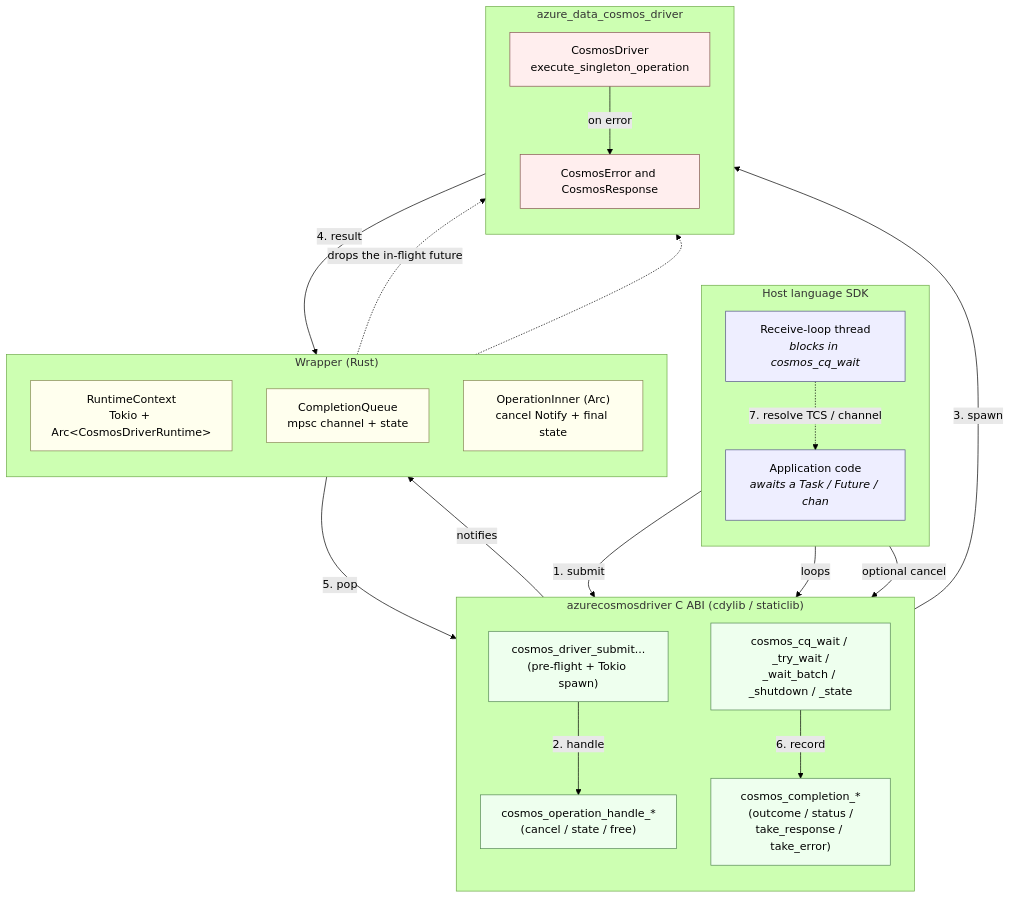
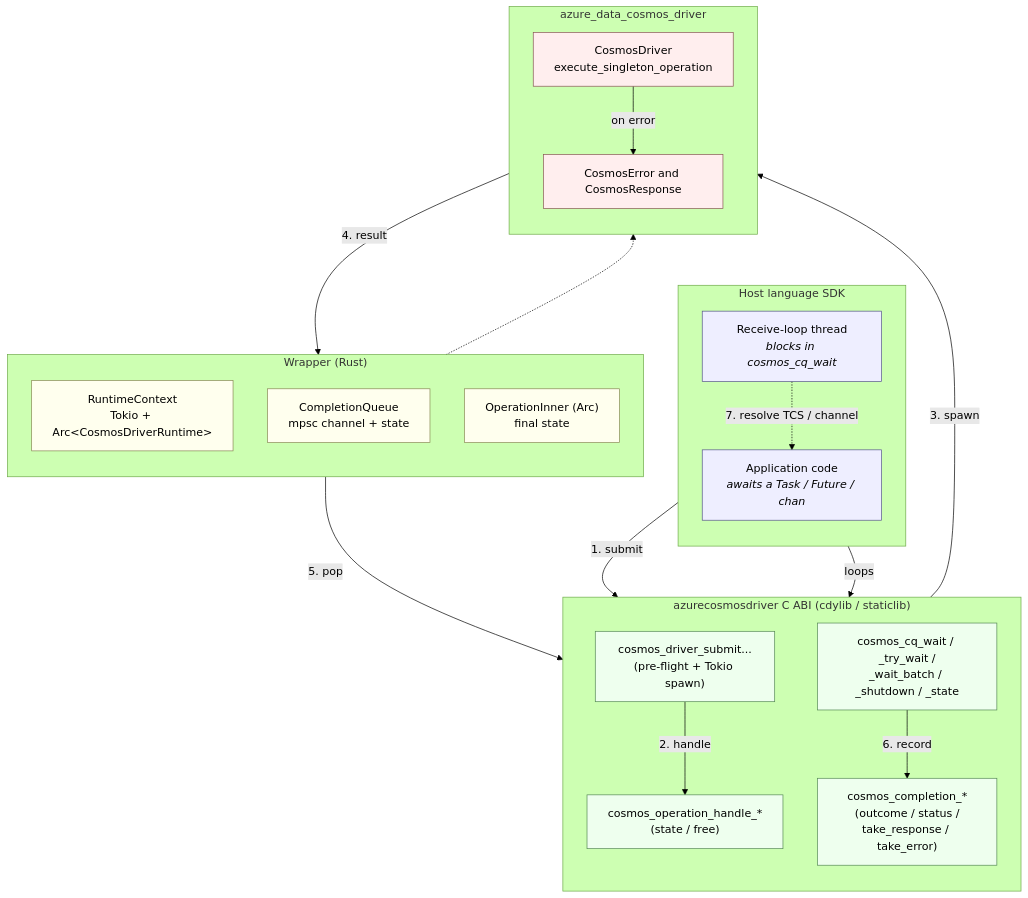
Before and after one commit to Azure/azure-sdk-for-rust: the third of 7 diagrams in sdk/cosmos/docs/specs/0020-native-async-invocation.md, drawn with Mermaid (forest theme). The commit also changed other lines of this file and 10 other files, not shown here.

````diff
--- a/sdk/cosmos/docs/specs/0020-native-async-invocation.md
+++ b/sdk/cosmos/docs/specs/0020-native-async-invocation.md
@@ -137,52 +137,49 @@
 ```mermaid
 flowchart TB
     subgraph host["Host language SDK"]
         direction TB
         app["Application code<br/><i>awaits a Task / Future / chan</i>"]
         rcv["Receive-loop thread<br/><i>blocks in cosmos_cq_wait</i>"]
     end
 
     subgraph cabi["azurecosmosdriver C ABI (cdylib / staticlib)"]
         direction TB
         submit["cosmos_driver_submit...<br/>(pre-flight + Tokio spawn)"]
         cqapi["cosmos_cq_wait / _try_wait /<br/>_wait_batch / _shutdown / _state"]
         compl["cosmos_completion_*<br/>(outcome / status /<br/>take_response / take_error)"]
-        oph["cosmos_operation_handle_*<br/>(cancel / state / free)"]
+        oph["cosmos_operation_handle_*<br/>(state / free)"]
     end
 
     subgraph wrap["Wrapper (Rust)"]
         direction TB
         runtime["RuntimeContext<br/>Tokio + Arc&lt;CosmosDriverRuntime&gt;"]
         cq["CompletionQueue<br/>mpsc channel + state"]
-        opstate["OperationInner (Arc)<br/>cancel Notify + final state"]
+        opstate["OperationInner (Arc)<br/>final state"]
     end
 
     subgraph driver["azure_data_cosmos_driver"]
         direction TB
         cdriver["CosmosDriver<br/>execute_singleton_operation"]
         cerror["CosmosError and CosmosResponse"]
     end
 
     app -->|"1. submit"| submit
     submit -->|"3. spawn"| cdriver
     submit -->|"2. handle"| oph
     cdriver -->|"4. result"| cq
     cq -->|"5. pop"| cqapi
     cqapi -->|"6. record"| compl
     rcv -->|"loops"| cqapi
     rcv -.->|"7. resolve TCS / channel"| app
-    app -->|"optional cancel"| oph
-    oph -->|"notifies"| opstate
-    opstate -.->|"drops the in-flight future"| cdriver
     cdriver -->|"on error"| cerror
     runtime -.-> cdriver
 
     classDef host fill:#eef,stroke:#558,color:#000
     classDef cabi fill:#efe,stroke:#585,color:#000
     classDef wrap fill:#ffe,stroke:#885,color:#000
     classDef driver fill:#fee,stroke:#855,color:#000
     class app,rcv host
     class submit,cqapi,compl,oph cabi
     class runtime,cq,opstate wrap
     class cdriver,cerror driver
 ```
````
